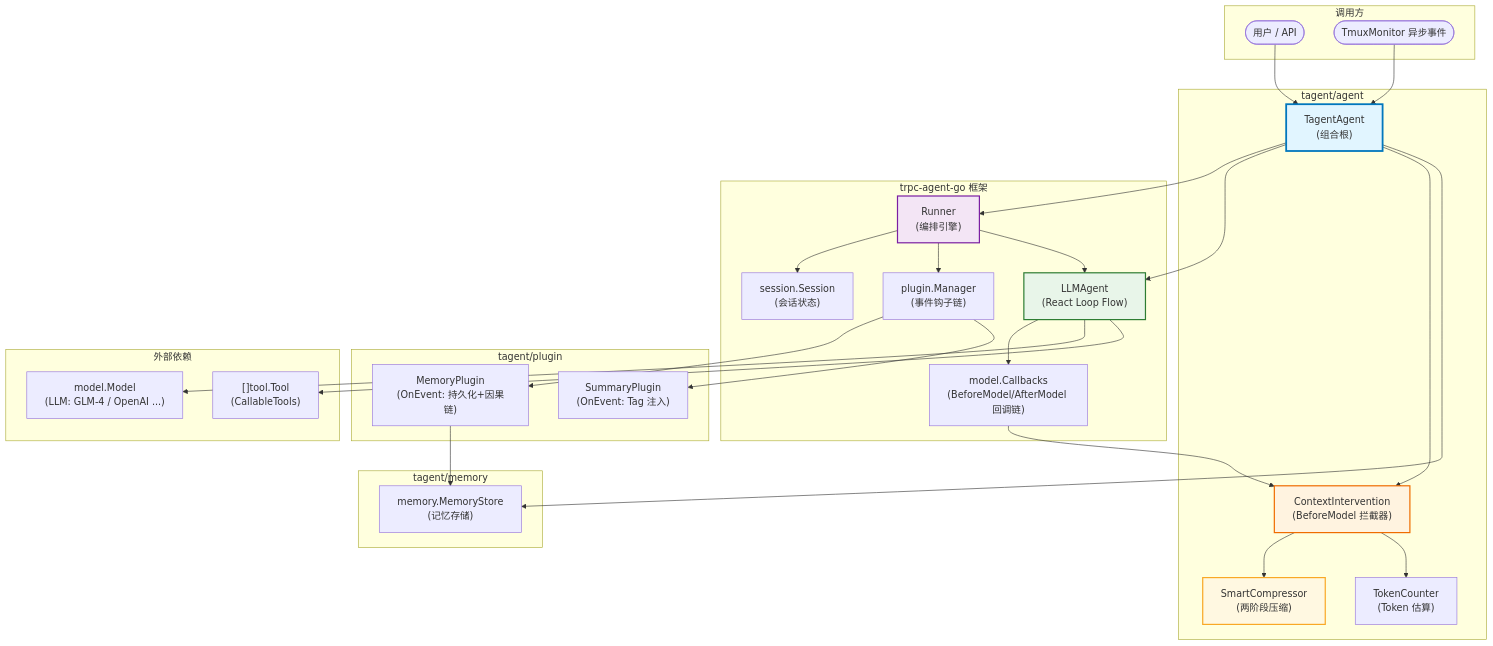
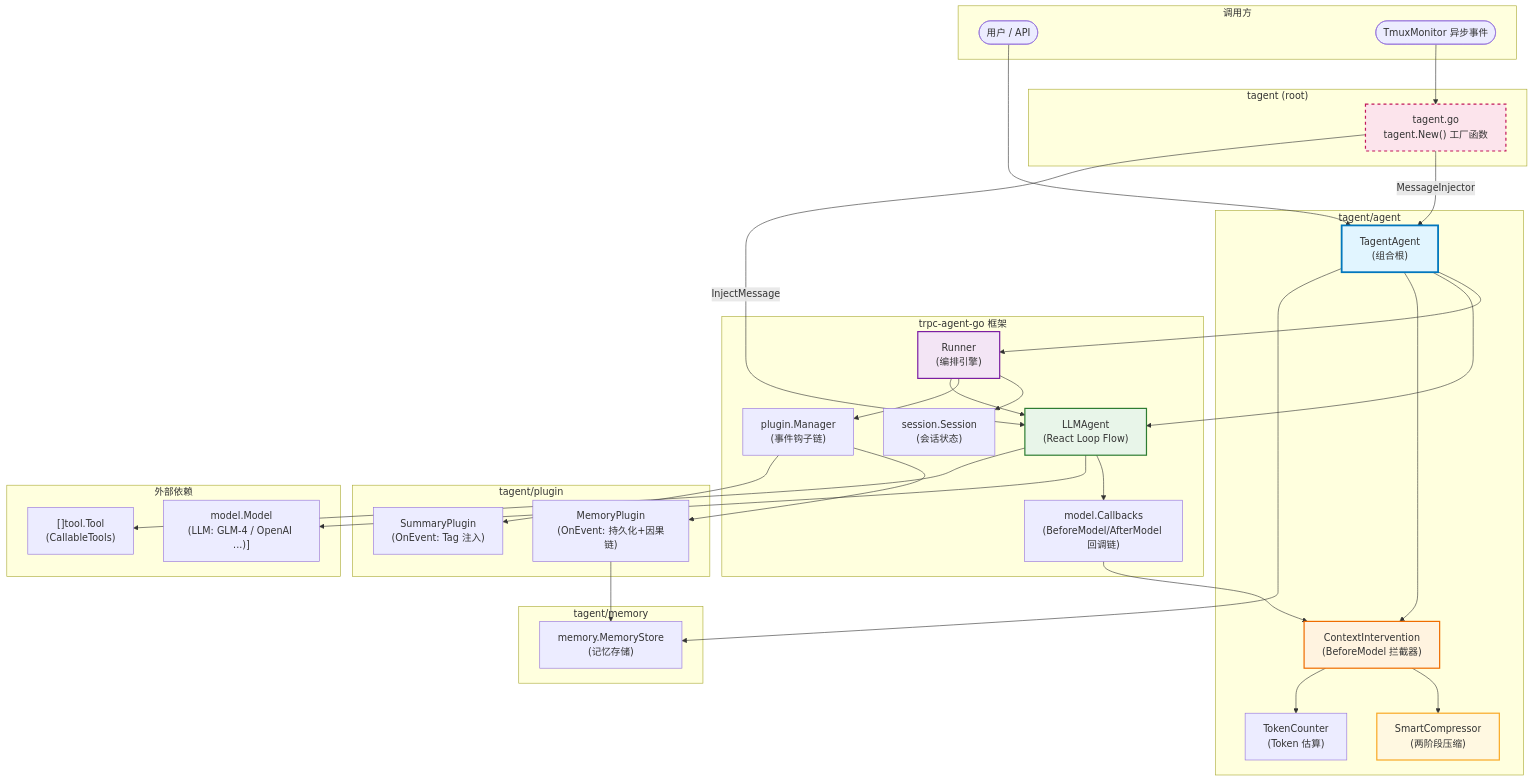
One commit to SpellingDragon/tagent changed the first of 3 diagrams in docs/wiki/agent/agent-architecture.md. Above: the diagram before and after it, drawn with Mermaid. The commit also changed other lines of this file and 33 other files, not shown here.

````diff
--- a/docs/wiki/agent/agent-architecture.md
+++ b/docs/wiki/agent/agent-architecture.md
@@ -18,67 +20,75 @@
 ```mermaid
 graph TB
     subgraph "调用方"
         User([用户 / API])
         Tmux([TmuxMonitor 异步事件])
     end
 
     subgraph "tagent/agent"
         TA["TagentAgent\n(组合根)"]
         CI["ContextIntervention\n(BeforeModel 拦截器)"]
         SC["SmartCompressor\n(两阶段压缩)"]
         TC["TokenCounter\n(Token 估算)"]
     end
 
     subgraph "trpc-agent-go 框架"
         Runner["Runner\n(编排引擎)"]
         LLMAgent["LLMAgent\n(React Loop Flow)"]
         ModelCallbacks["model.Callbacks\n(BeforeModel/AfterModel 回调链)"]
         PluginManager["plugin.Manager\n(事件钩子链)"]
         Session["session.Session\n(会话状态)"]
     end
 
     subgraph "tagent/plugin"
         MP["MemoryPlugin\n(OnEvent: 持久化+因果链)"]
         SP["SummaryPlugin\n(OnEvent: Tag 注入)"]
     end
 
     subgraph "tagent/memory"
         MS["memory.MemoryStore\n(记忆存储)"]
     end
 
     subgraph "外部依赖"
-        LLM["model.Model\n(LLM: GLM-4 / OpenAI ...)"]
+        LLM["model.Model\n(LLM: GLM-4 / OpenAI ...)]"]
         Tools["[]tool.Tool\n(CallableTools)"]
     end
 
+    subgraph "tagent (root)"
+        KAH["tagent.go\ntagent.New() 工厂函数"]
+    end
+
     User --> TA
-    Tmux --> TA
+    Tmux --> KAH
 
     TA --> Runner
     TA --> LLMAgent
     TA --> CI
     TA --> MS
+
+    KAH -->|MessageInjector| TA
+    KAH -->|InjectMessage| LLMAgent
 
     Runner --> Session
     Runner --> PluginManager
     Runner --> LLMAgent
 
     LLMAgent --> ModelCallbacks
     LLMAgent --> LLM
     LLMAgent --> Tools
 
     ModelCallbacks --> CI
     CI --> SC
     CI --> TC
 
     PluginManager --> MP
     PluginManager --> SP
 
     MP --> MS
 
     style TA fill:#e1f5ff,stroke:#0277bd,stroke-width:3px
     style Runner fill:#f3e5f5,stroke:#7b1fa2,stroke-width:2px
     style LLMAgent fill:#e8f5e9,stroke:#2e7d32,stroke-width:2px
     style CI fill:#fff3e0,stroke:#ef6c00,stroke-width:2px
     style SC fill:#fff8e1,stroke:#f9a825,stroke-width:2px
+    style KAH fill:#fce4ec,stroke:#c2185b,stroke-width:2px,stroke-dasharray:5,5
 ```
````
